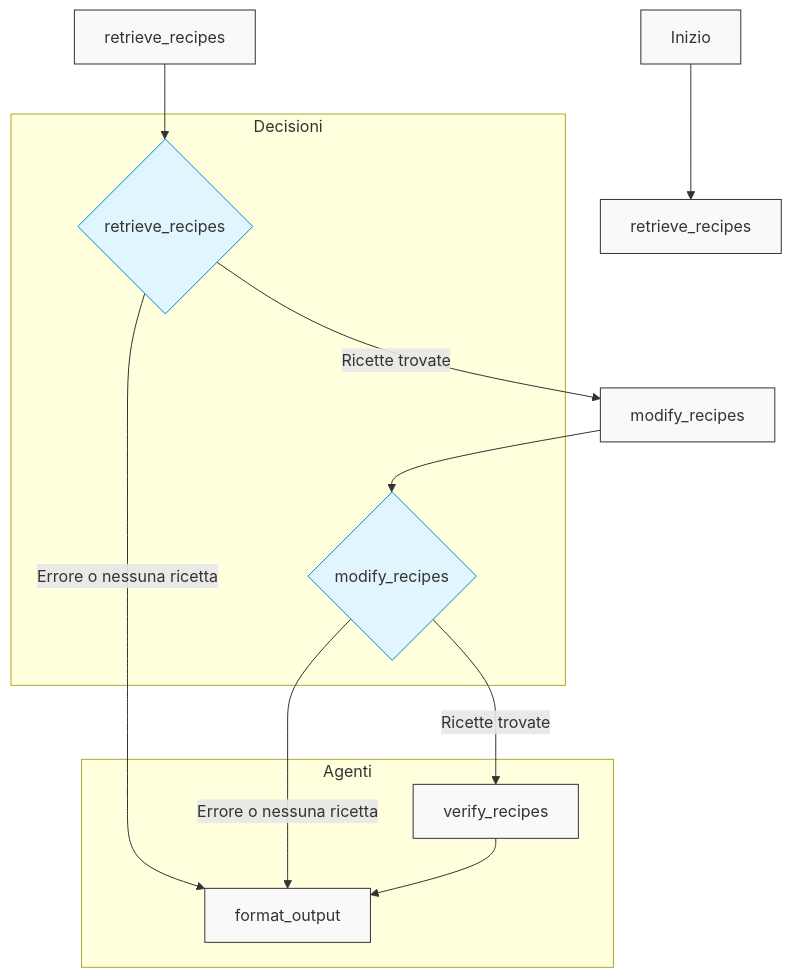
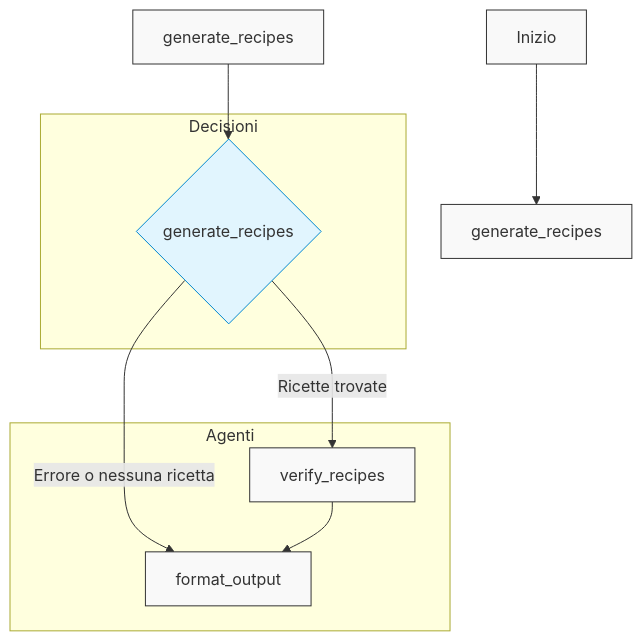
One commit to Pandagan-85/ai-bootcamp-2025-project-final changed the diagram in workflow_diagram.md. Above: the diagram before and after it, drawn with Mermaid. The commit also changed 15 other files, not shown here.

````diff
--- a/workflow_diagram.md
+++ b/workflow_diagram.md
@@ -3,30 +3,30 @@
 ```mermaid
 flowchart TD
     classDef node fill:#f9f9f9,stroke:#333,stroke-width:1px
     classDef decision fill:#e1f5fe,stroke:#0288d1,stroke-width:1px
     classDef errorPath fill:#ffebee,stroke:#c62828,stroke-width:1px
     classDef successPath fill:#e8f5e9,stroke:#2e7d32,stroke-width:1px
-
-    A[Inizio] --> retrieve_recipes
-    R[retrieve_recipes] --> RD{retrieve_recipes}
-    M[modify_recipes] --> MD{modify_recipes}
+    classDef default fill:#f9f9f9,stroke:#333,stroke-width:1px
+    classDef node fill:#f9f9f9,stroke:#333,stroke-width:1px
+    classDef decision fill:#e1f5fe,stroke:#0288d1,stroke-width:1px
+    classDef errorPath fill:#ffebee,stroke:#c62828,stroke-width:1px
+    classDef successPath fill:#e8f5e9,stroke:#2e7d32,stroke-width:1px
+    
+    A[Inizio] --> generate_recipes
+    G[generate_recipes] --> GD{generate_recipes}
     V[verify_recipes]
     F[format_output]
-    RD -->|Ricette trovate| M
+    GD -->|Ricette trovate| V
     F:::errorPath
-    RD -->|Errore o nessuna ricetta| F
-    MD -->|Ricette trovate| V
-    F:::errorPath
-    MD -->|Errore o nessuna ricetta| F
+    GD -->|Errore o nessuna ricetta| F
     V --> F
-
+    
     subgraph Agenti
         V:::node
         F:::node
     end
-
+    
     subgraph Decisioni
-        RD:::decision
-        MD:::decision
+        GD:::decision
     end
 ```
````
